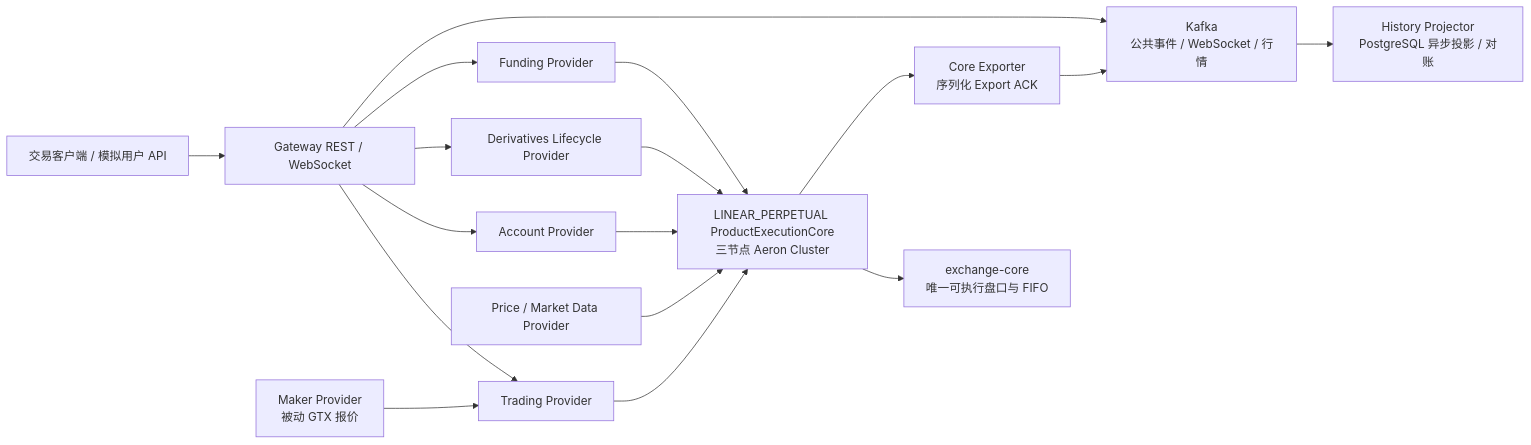
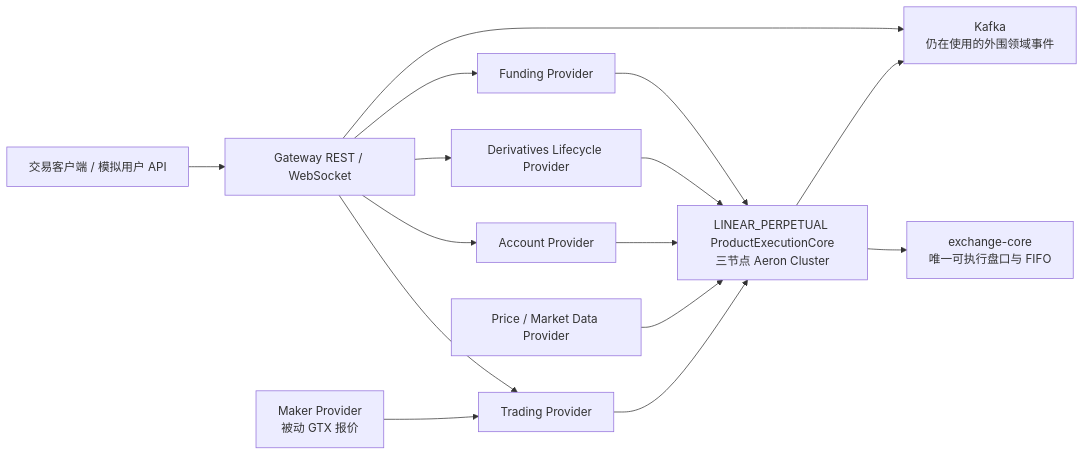
The first of 2 diagrams in README.md (lilaizhencn/surprising-ex), drawn with Mermaid before and after one commit. The commit also changed other lines of this file and 143 other files, not shown here.

````diff
--- a/README.md
+++ b/README.md
@@ -113,20 +107,18 @@
 ```mermaid
 flowchart LR
     Client[交易客户端 / 模拟用户 API] --> Gateway[Gateway REST / WebSocket]
     Gateway --> Trading[Trading Provider]
     Gateway --> Account[Account Provider]
     Gateway --> Risk[Derivatives Lifecycle Provider]
     Gateway --> Funding[Funding Provider]
 
     Trading --> Core[LINEAR_PERPETUAL ProductExecutionCore<br/>三节点 Aeron Cluster]
     Account --> Core
     Risk --> Core
     Funding --> Core
     Core --> Matcher[exchange-core<br/>唯一可执行盘口与 FIFO]
-    Core --> Exporter[Core Exporter<br/>序列化 Export ACK]
-    Exporter --> Kafka[Kafka<br/>公共事件 / WebSocket / 行情]
-    Kafka --> Projection[History Projector<br/>PostgreSQL 异步投影 / 对账]
+    Core --> Kafka[Kafka<br/>仍在使用的外围领域事件]
     Market[Price / Market Data Provider] --> Core
     Maker[Maker Provider<br/>被动 GTX 报价] --> Trading
     Gateway --> Kafka
 ```
````
